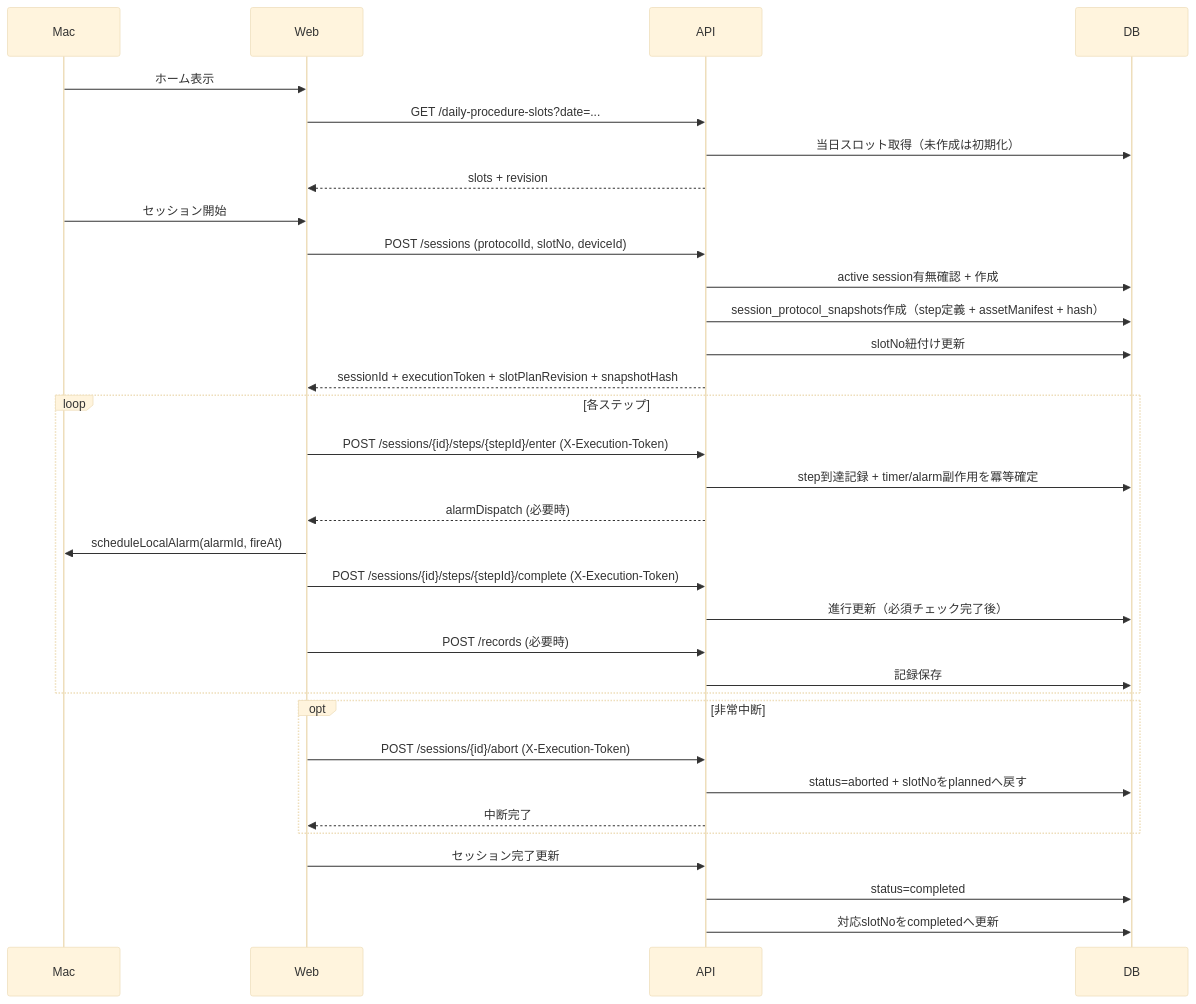
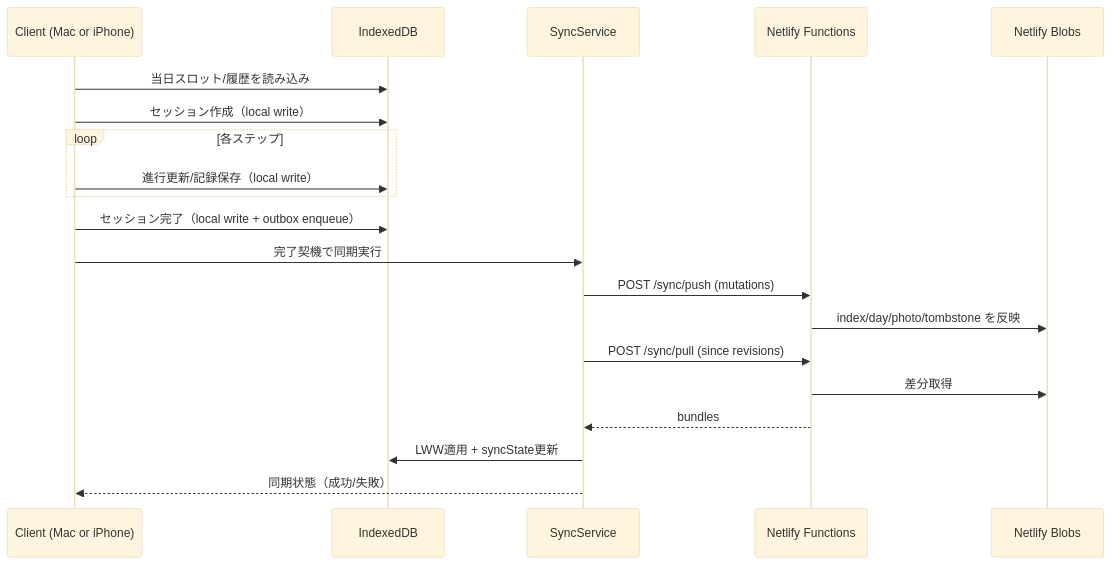
The second of 2 diagrams in docs/design/01_architecture_overview.md (h-sakanet/capd_navi), drawn with Mermaid (base theme) before and after one commit. The commit also changed other lines of this file and 24 other files, not shown here.

Commit message:
docs: finalize TDD specs and align home flow behavior

````diff
--- a/docs/design/01_architecture_overview.md
+++ b/docs/design/01_architecture_overview.md
@@ -51,36 +59,23 @@
 ```mermaid
 sequenceDiagram
-  participant Mac
-  participant Web
-  participant API
-  participant DB
+  participant Client as Client (Mac or iPhone)
+  participant IDB as IndexedDB
+  participant Sync as SyncService
+  participant API as Netlify Functions
+  participant Blob as Netlify Blobs
 
-  Mac->>Web: ホーム表示
-  Web->>API: GET /daily-procedure-slots?date=...
-  API->>DB: 当日スロット取得（未作成は初期化）
-  API-->>Web: slots + revision
-  Mac->>Web: セッション開始
-  Web->>API: POST /sessions (protocolId, slotNo, deviceId)
-  API->>DB: active session有無確認 + 作成
-  API->>DB: session_protocol_snapshots作成（step定義 + assetManifest + hash）
-  API->>DB: slotNo紐付け更新
-  API-->>Web: sessionId + executionToken + slotPlanRevision + snapshotHash
+  Client->>IDB: 当日スロット/履歴を読み込み
+  Client->>IDB: セッション作成（local write）
   loop 各ステップ
-    Web->>API: POST /sessions/{id}/steps/{stepId}/enter (X-Execution-Token)
-    API->>DB: step到達記録 + timer/alarm副作用を冪等確定
-    API-->>Web: alarmDispatch (必要時)
-    Web->>Mac: scheduleLocalAlarm(alarmId, fireAt)
-    Web->>API: POST /sessions/{id}/steps/{stepId}/complete (X-Execution-Token)
-    API->>DB: 進行更新（必須チェック完了後）
-    Web->>API: POST /records (必要時)
-    API->>DB: 記録保存
+    Client->>IDB: 進行更新/記録保存（local write）
   end
-  opt 非常中断
-    Web->>API: POST /sessions/{id}/abort (X-Execution-Token)
-    API->>DB: status=aborted + slotNoをplannedへ戻す
-    API-->>Web: 中断完了
-  end
-  Web->>API: セッション完了更新
-  API->>DB: status=completed
-  API->>DB: 対応slotNoをcompletedへ更新
+  Client->>IDB: セッション完了（local write + outbox enqueue）
+  Client->>Sync: 完了契機で同期実行
+  Sync->>API: POST /sync/push (mutations)
+  API->>Blob: index/day/photo/tombstone を反映
+  Sync->>API: POST /sync/pull (since revisions)
+  API->>Blob: 差分取得
+  API-->>Sync: bundles
+  Sync->>IDB: LWW適用 + syncState更新
+  Sync-->>Client: 同期状態（成功/失敗）
 ```
````
